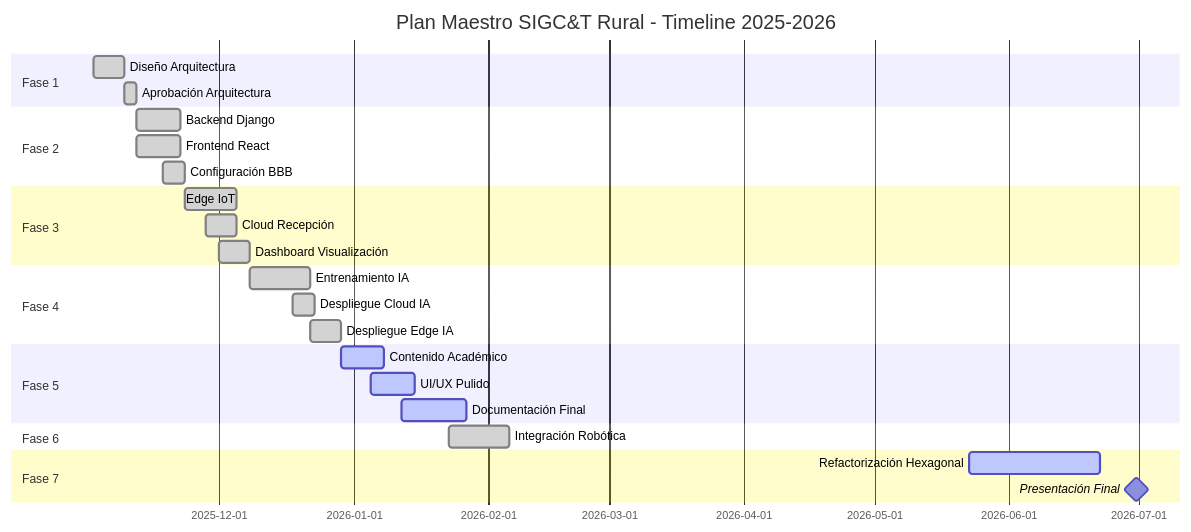
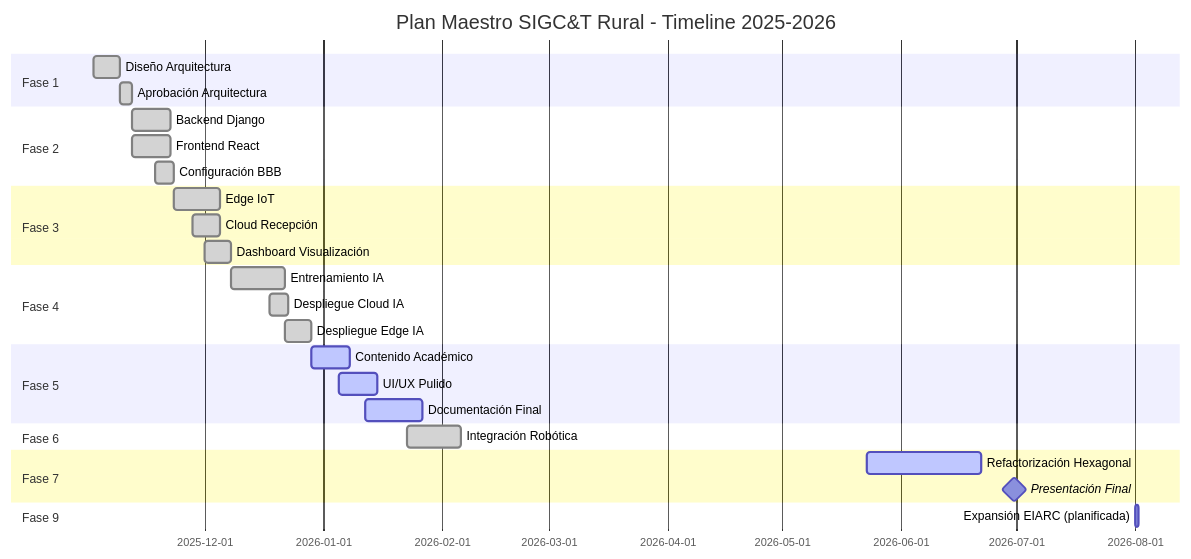
Before and after one commit to badolgm/sigcTiArural: the diagram in docs/PLAN_MAESTRO.md, drawn with Mermaid. The commit also changed other lines of this file and 4 other files, not shown here.

````diff
--- a/docs/PLAN_MAESTRO.md
+++ b/docs/PLAN_MAESTRO.md
@@ -41,29 +66,31 @@
 ```mermaid
 gantt
     title Plan Maestro SIGC&T Rural - Timeline 2025-2026
     dateFormat  YYYY-MM-DD
     section Fase 1
     Diseño Arquitectura           :done, f1, 2025-11-02, 7d
     Aprobación Arquitectura        :done, f1a, 2025-11-09, 3d
     section Fase 2
     Backend Django                 :done, f2a, 2025-11-12, 10d
     Frontend React                 :done, f2b, 2025-11-12, 10d
     Configuración BBB              :done, f2c, 2025-11-18, 5d
     section Fase 3
     Edge IoT                       :done, f3a, 2025-11-23, 12d
     Cloud Recepción                :done, f3b, 2025-11-28, 7d
     Dashboard Visualización        :done, f3c, 2025-12-01, 7d
     section Fase 4
     Entrenamiento IA               :done, f4a, 2025-12-08, 14d
     Despliegue Cloud IA            :done, f4b, 2025-12-18, 5d
     Despliegue Edge IA             :done, f4c, 2025-12-22, 7d
     section Fase 5
     Contenido Académico            :active, f5a, 2025-12-29, 10d
     UI/UX Pulido                   :active, f5b, 2026-01-05, 10d
     Documentación Final            :active, f5c, 2026-01-12, 15d
     section Fase 6
     Integración Robótica           :done, f6a, 2026-01-23, 14d
     section Fase 7
     Refactorización Hexagonal      :active, f7a, 2026-05-23, 30d
     Presentación Final             :milestone, 2026-06-30, 1d
+    section Fase 9
+    Expansión EIARC (planificada)  :f9a, 2026-08-01, 1d
 ```
````
